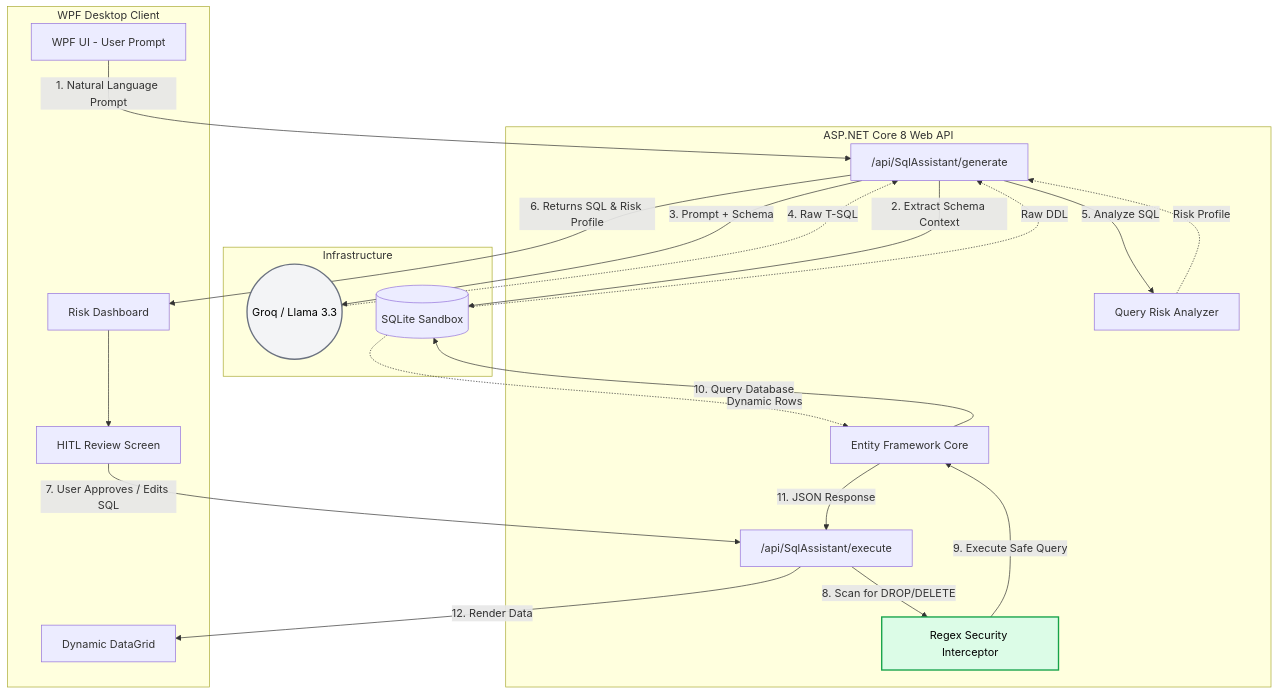
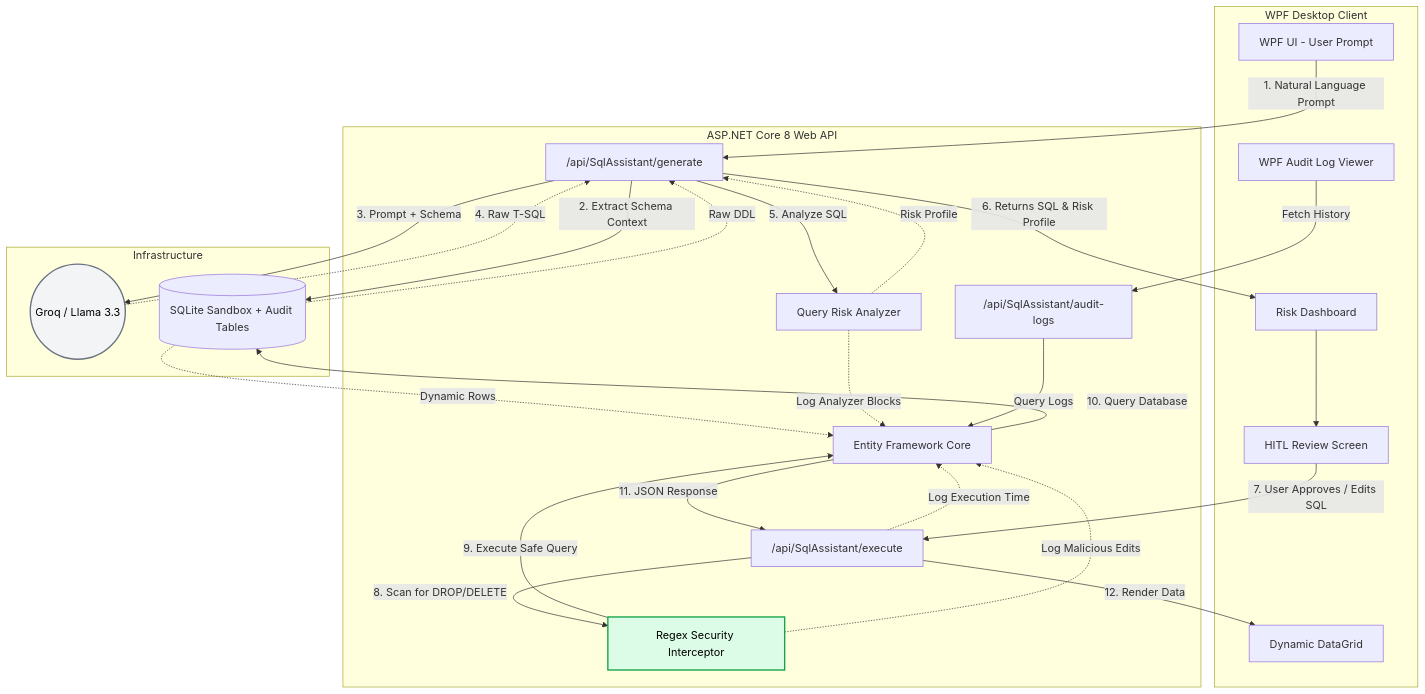
Before and after one commit to mehul1005/AI-SQL-Assistant: the diagram in README.md, drawn with Mermaid. The commit also changed other lines of this file, not shown here.

Commit message:
feat: docs: update README with Mermaid architecture diagram

````diff
--- a/README.md
+++ b/README.md
@@ -9,52 +9,61 @@
 ```mermaid
 graph TD
     %% Define Client Layer
     subgraph WPF Desktop Client
         UI[WPF UI - User Prompt]
         Review[HITL Review Screen]
         DataGrid[Dynamic DataGrid]
         RiskDash[Risk Dashboard]
+        AuditUI[WPF Audit Log Viewer]
     end
 
     %% Define API Layer
     subgraph ASP.NET Core 8 Web API
         Generate["/api/SqlAssistant/generate"]
         Execute["/api/SqlAssistant/execute"]
+        AuditAPI["/api/SqlAssistant/audit-logs"]
         RiskService[Query Risk Analyzer]
         Security[Regex Security Interceptor]
         EF[Entity Framework Core]
     end
 
     %% Define External & Data Layer
     subgraph Infrastructure
         LLM((Groq / Llama 3.3))
-        SQLite[(SQLite Sandbox)]
+        SQLite[(SQLite Sandbox + Audit Tables)]
     end
 
     %% Generation Flow
     UI -- "1. Natural Language Prompt" --> Generate
     Generate -- "2. Extract Schema Context" --> SQLite
     SQLite -. "Raw DDL" .-> Generate
     Generate -- "3. Prompt + Schema" --> LLM
     LLM -. "4. Raw T-SQL" .-> Generate
     Generate -- "5. Analyze SQL" --> RiskService
     RiskService -. "Risk Profile" .-> Generate
     Generate -- "6. Returns SQL & Risk Profile" --> RiskDash
     RiskDash --> Review
 
     %% Execution Flow
     Review -- "7. User Approves / Edits SQL" --> Execute
     Execute -- "8. Scan for DROP/DELETE" --> Security
     Security -- "9. Execute Safe Query" --> EF
     EF -- "10. Query Database" --> SQLite
     SQLite -. "Dynamic Rows" .-> EF
     EF -- "11. JSON Response" --> Execute
     Execute -- "12. Render Data" --> DataGrid
 
+    %% Audit & Governance Flow
+    RiskService -. "Log Analyzer Blocks" .-> EF
+    Security -. "Log Malicious Edits" .-> EF
+    Execute -. "Log Execution Time" .-> EF
+    AuditUI -- "Fetch History" --> AuditAPI
+    AuditAPI -- "Query Logs" --> EF
+
     %% Styling
     classDef secure fill:#dcfce7,stroke:#16a34a,stroke-width:2px,color:#000;
     classDef external fill:#f3f4f6,stroke:#6b7280,stroke-width:2px,color:#000;
     class Security secure
     class LLM external
 
 ```
````
